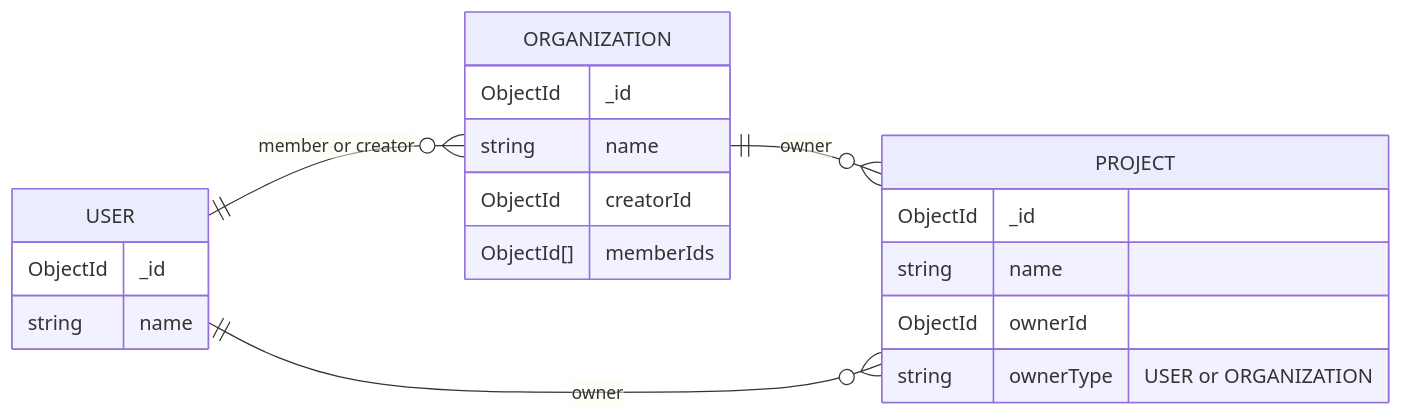
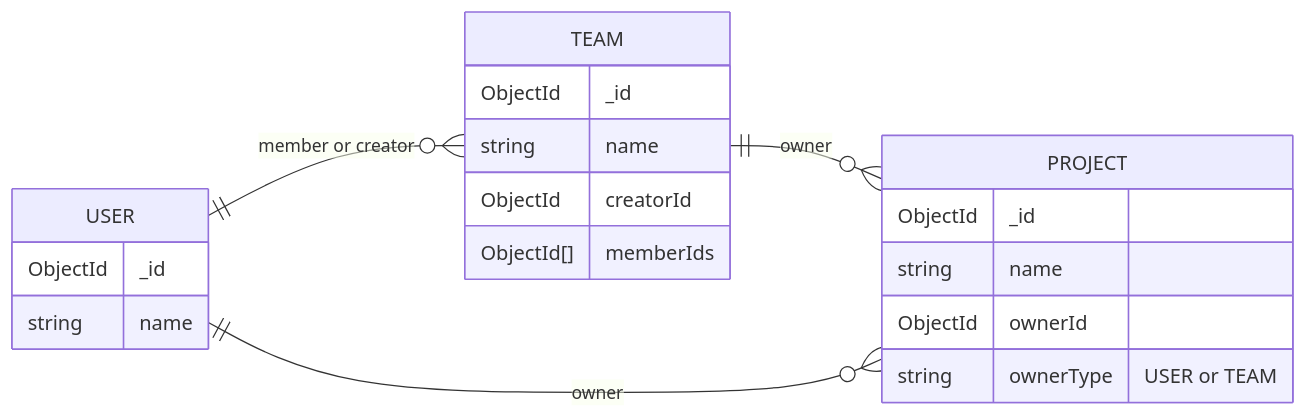
One commit to Cierra-Runis/caduceus changed the diagram in docs/Database Schema.md. Above: the diagram before and after it, drawn with Mermaid. The commit also changed other lines of this file, not shown here.

Commit message:
refactor: Update Database Schema to replace ORGANIZATION with TEAM and adjust related queries

````diff
--- a/docs/Database Schema.md
+++ b/docs/Database Schema.md
@@ -8,26 +8,26 @@
 ```mermaid
 erDiagram
   direction LR
-  USER ||--o{ ORGANIZATION : "member or creator"
-  ORGANIZATION ||--o{ PROJECT : "owner"
+  USER ||--o{ TEAM : "member or creator"
+  TEAM ||--o{ PROJECT : "owner"
   USER ||--o{ PROJECT : "owner"
 
   USER {
     ObjectId _id
     string name
   }
 
-  ORGANIZATION {
+  TEAM {
     ObjectId _id
     string name
     ObjectId creatorId
     ObjectId[] memberIds
   }
 
   PROJECT {
     ObjectId _id
     string name
     ObjectId ownerId
-    string ownerType "USER or ORGANIZATION"
+    string ownerType "USER or TEAM"
   }
 ```
````
